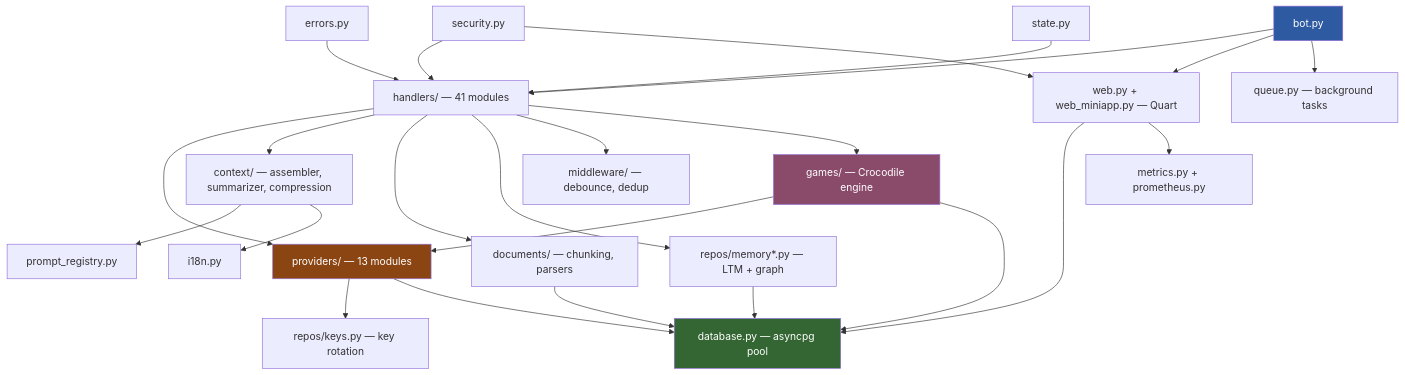
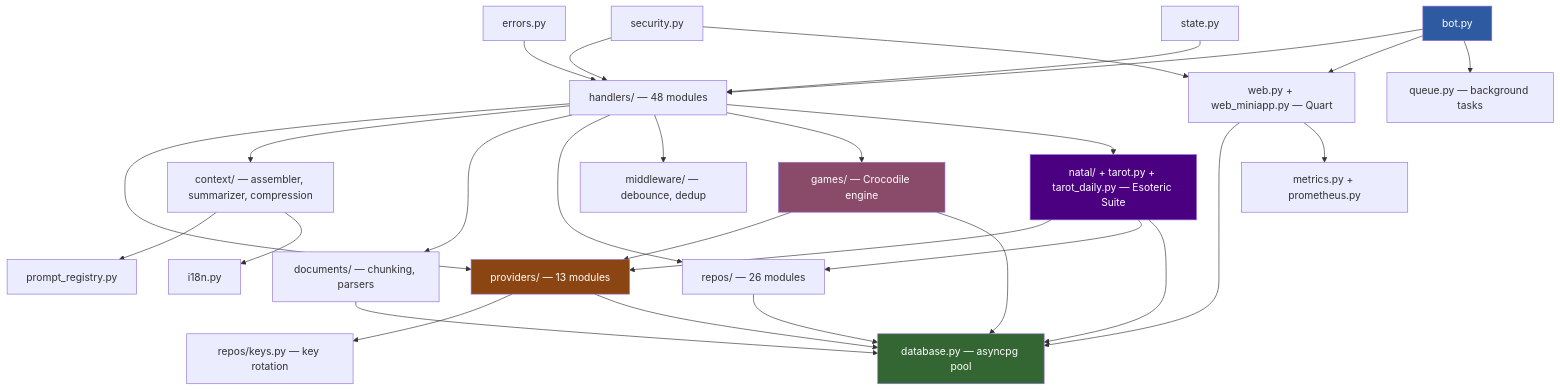
One commit to Le-Who/Bobby-Botique changed the diagram in docs/ARCHITECTURE.md. Above: the diagram before and after it, drawn with Mermaid. The commit also changed other lines of this file and 4 other files, not shown here.

````diff
--- a/docs/ARCHITECTURE.md
+++ b/docs/ARCHITECTURE.md
@@ -345,36 +361,41 @@
 ```mermaid
 graph TD
-    BOT[bot.py] --> HANDLERS["handlers/ — 41 modules"]
+    BOT[bot.py] --> HANDLERS["handlers/ — 48 modules"]
     BOT --> WEB["web.py + web_miniapp.py — Quart"]
     BOT --> QUEUE[queue.py — background tasks]
 
     HANDLERS --> PROVIDERS["providers/ — 13 modules"]
     HANDLERS --> CTX["context/ — assembler, summarizer, compression"]
     HANDLERS --> DOCS[documents/ — chunking, parsers]
-    HANDLERS --> MEMORY["repos/memory*.py — LTM + graph"]
+    HANDLERS --> REPOS["repos/ — 26 modules"]
     HANDLERS --> MIDDLEWARE["middleware/ — debounce, dedup"]
     HANDLERS --> GAMES["games/ — Crocodile engine"]
+    HANDLERS --> ESOTERIC["natal/ + tarot.py + tarot_daily.py — Esoteric Suite"]
 
     PROVIDERS --> KEYS[repos/keys.py — key rotation]
     PROVIDERS --> DB[database.py — asyncpg pool]
 
     CTX --> PROMPTS[prompt_registry.py]
     CTX --> I18N[i18n.py]
     DOCS --> DB
-    MEMORY --> DB
+    REPOS --> DB
     GAMES --> PROVIDERS
     GAMES --> DB
+    ESOTERIC --> PROVIDERS
+    ESOTERIC --> REPOS
+    ESOTERIC --> DB
 
     WEB --> DB
     WEB --> METRICS[metrics.py + prometheus.py]
 
     SECURITY[security.py] --> HANDLERS
     SECURITY --> WEB
     ERRORS[errors.py] --> HANDLERS
     STATE[state.py] --> HANDLERS
 
     style BOT fill:#2d5aa0,color:#fff
     style DB fill:#336633,color:#fff
     style PROVIDERS fill:#8b4513,color:#fff
     style GAMES fill:#8a4a6a,color:#fff
+    style ESOTERIC fill:#4b0082,color:#fff
 ```
````
